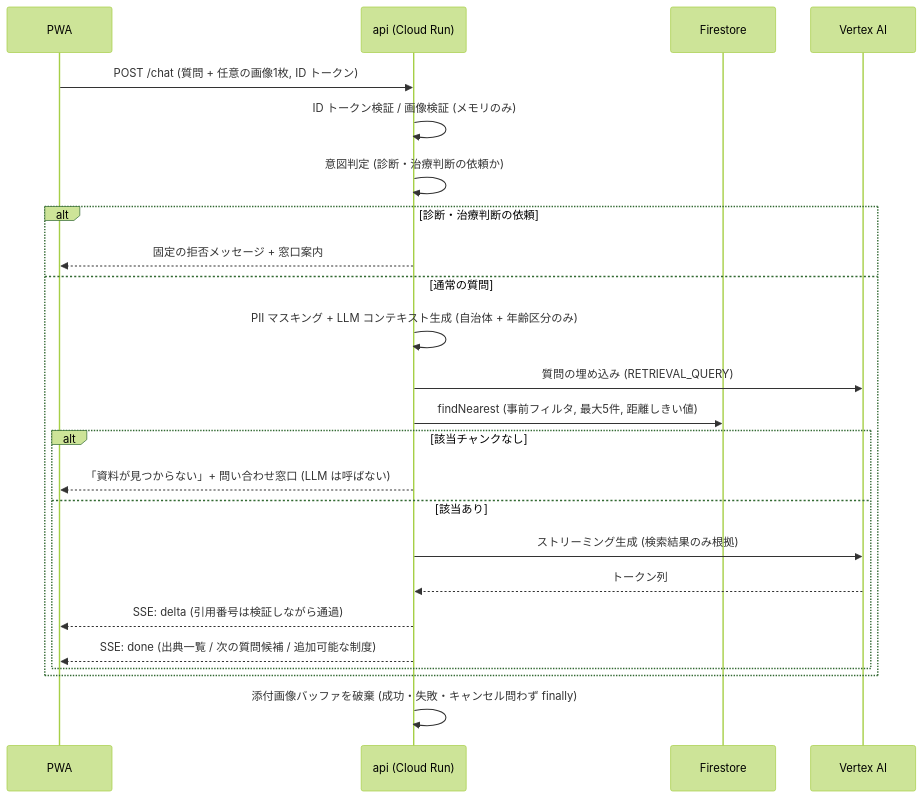
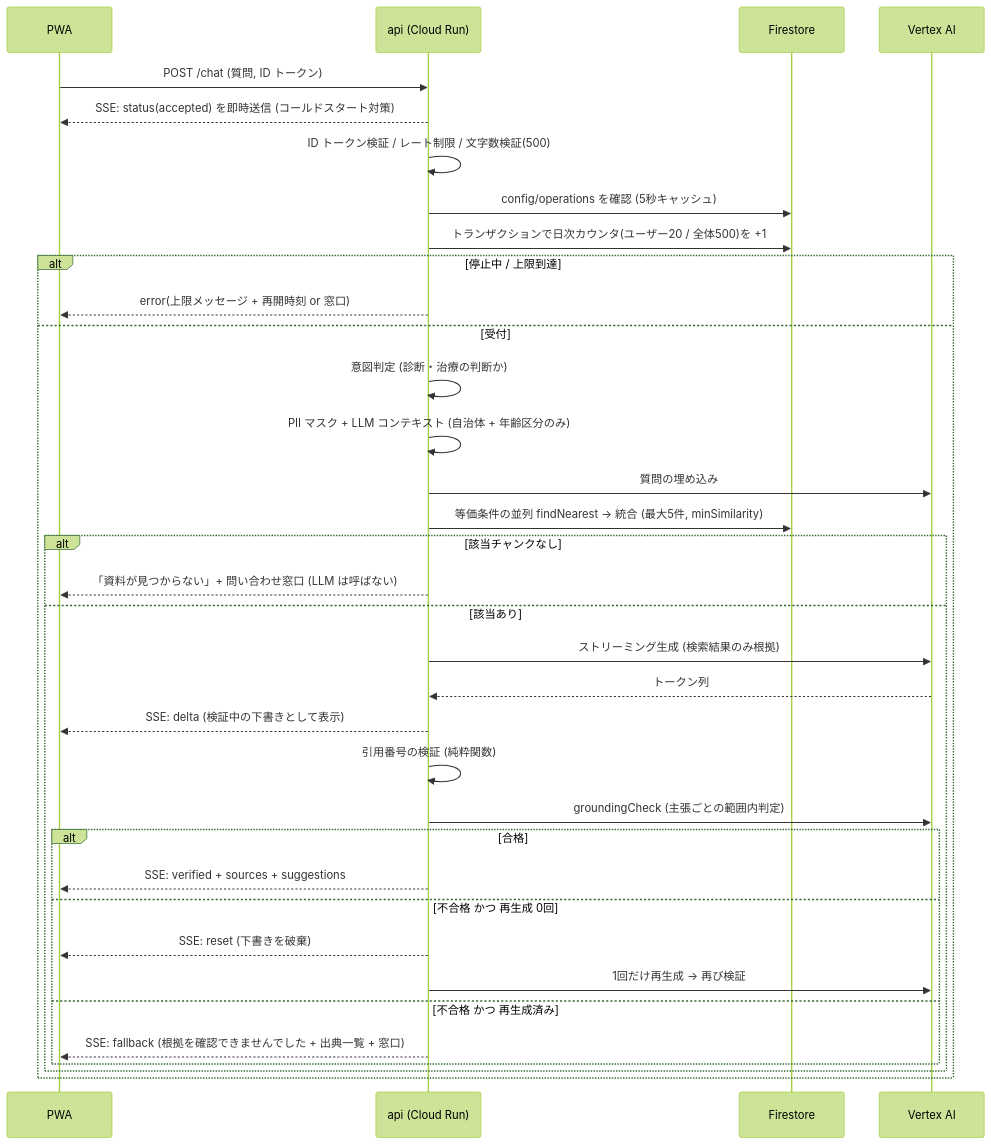
One commit to Devfest-Hackathon-2026/df-2026-t004 changed the third of 5 diagrams in .kiro/specs/childcare-medical-welfare-navi/design.md. Above: the diagram before and after it, drawn with Mermaid (forest theme). The commit also changed other lines of this file, not shown here.

````diff
--- a/.kiro/specs/childcare-medical-welfare-navi/design.md
+++ b/.kiro/specs/childcare-medical-welfare-navi/design.md
@@ -126,27 +152,38 @@
 ```mermaid
 sequenceDiagram
   participant U as PWA
   participant A as api (Cloud Run)
   participant F as Firestore
   participant V as Vertex AI
 
-  U->>A: POST /chat (質問 + 任意の画像1枚, ID トークン)
-  A->>A: ID トークン検証 / 画像検証 (メモリのみ)
-  A->>A: 意図判定 (診断・治療判断の依頼か)
-  alt 診断・治療判断の依頼
-    A-->>U: 固定の拒否メッセージ + 窓口案内
-  else 通常の質問
-    A->>A: PII マスキング + LLM コンテキスト生成 (自治体 + 年齢区分のみ)
-    A->>V: 質問の埋め込み (RETRIEVAL_QUERY)
-    A->>F: findNearest (事前フィルタ, 最大5件, 距離しきい値)
+  U->>A: POST /chat (質問, ID トークン)
+  A-->>U: SSE: status(accepted) を即時送信 (コールドスタート対策)
+  A->>A: ID トークン検証 / レート制限 / 文字数検証(500)
+  A->>F: config/operations を確認 (5秒キャッシュ)
+  A->>F: トランザクションで日次カウンタ(ユーザー20 / 全体500)を +1
+  alt 停止中 / 上限到達
+    A-->>U: error(上限メッセージ + 再開時刻 or 窓口)
+  else 受付
+    A->>A: 意図判定 (診断・治療の判断か)
+    A->>A: PII マスク + LLM コンテキスト (自治体 + 年齢区分のみ)
+    A->>V: 質問の埋め込み
+    A->>F: 等価条件の並列 findNearest → 統合 (最大5件, minSimilarity)
     alt 該当チャンクなし
       A-->>U: 「資料が見つからない」+ 問い合わせ窓口 (LLM は呼ばない)
     else 該当あり
       A->>V: ストリーミング生成 (検索結果のみ根拠)
       V-->>A: トークン列
-      A-->>U: SSE: delta (引用番号は検証しながら通過)
-      A-->>U: SSE: done (出典一覧 / 次の質問候補 / 追加可能な制度)
+      A-->>U: SSE: delta (検証中の下書きとして表示)
+      A->>A: 引用番号の検証 (純粋関数)
+      A->>V: groundingCheck (主張ごとの範囲内判定)
+      alt 合格
+        A-->>U: SSE: verified + sources + suggestions
+      else 不合格 かつ 再生成 0回
+        A-->>U: SSE: reset (下書きを破棄)
+        A->>V: 1回だけ再生成 → 再び検証
+      else 不合格 かつ 再生成済み
+        A-->>U: SSE: fallback (根拠を確認できませんでした + 出典一覧 + 窓口)
+      end
     end
   end
-  A->>A: 添付画像バッファを破棄 (成功・失敗・キャンセル問わず finally)
 ```
````
